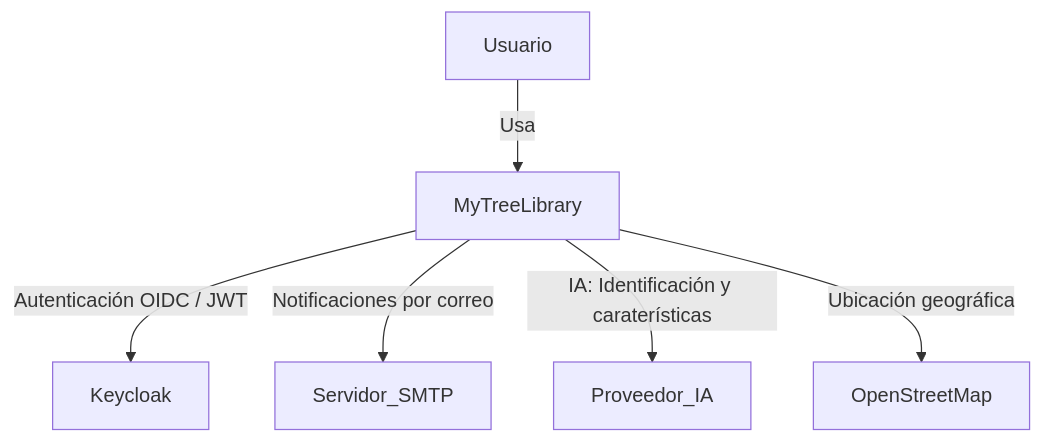
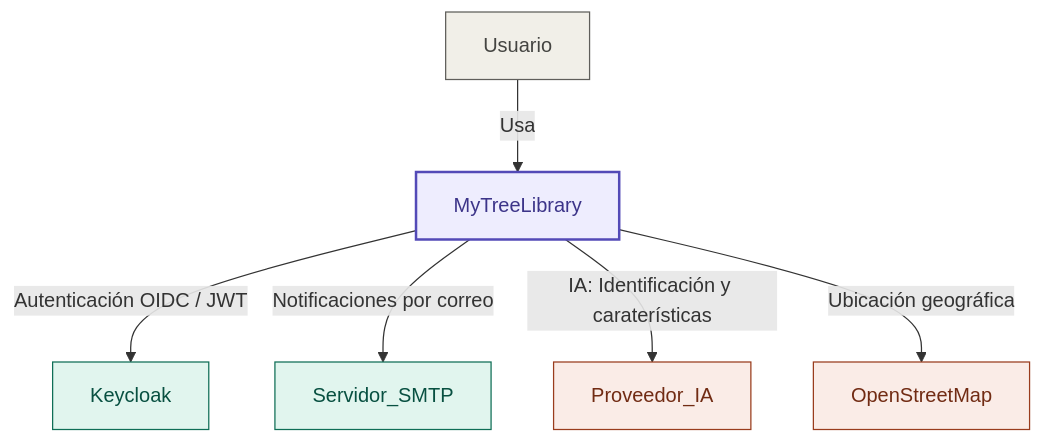
One commit to LIDR-academy/AI4Devs-finalproject changed the first of 19 diagrams in readme.md. Above: the diagram before and after it, drawn with Mermaid.

Commit message:
Actualización estilos diagrama C1

````diff
--- a/readme.md
+++ b/readme.md
@@ -79,14 +79,26 @@
 ```mermaid
 flowchart TB
   U[Usuario]
   S[MyTreeLibrary]
   KC[Keycloak]
   SMTP[Servidor_SMTP]
   PIA[Proveedor_IA]
   MAP[OpenStreetMap] 
   U -->|Usa| S
   S -->|Autenticación OIDC / JWT| KC
   S -->|Notificaciones por correo| SMTP
   S -->|IA: Identificación y caraterísticas| PIA
   S -->|Ubicación geográfica| MAP
+
+  
+  classDef sistema fill:#EEEDFE,stroke:#534AB7,stroke-width:2px,color:#3C3489
+  classDef soporte fill:#E1F5EE,stroke:#0F6E56,stroke-width:1px,color:#085041
+  classDef externo fill:#FAECE7,stroke:#993C1D,stroke-width:1px,color:#712B13
+  classDef usuario fill:#F1EFE8,stroke:#5F5E5A,stroke-width:1px,color:#444441
+
+  class S sistema
+  class KC,SMTP soporte
+  class PIA,MAP externo
+  class U usuario
+  
 ```
````
